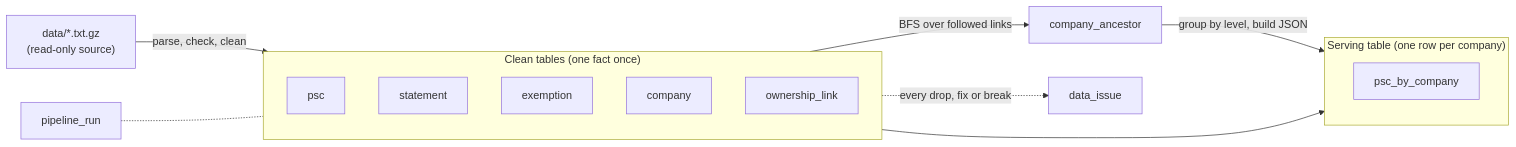
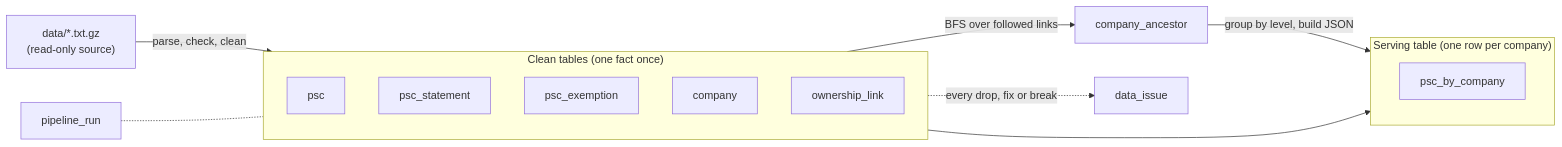
One commit to AgentSoftware/data-applications-tech-test changed the first of 2 diagrams in artifacts/plans/01-logical-data-model.md. Above: the diagram before and after it, drawn with Mermaid. The commit also changed other lines of this file and 5 other files, not shown here.

````diff
--- a/artifacts/plans/01-logical-data-model.md
+++ b/artifacts/plans/01-logical-data-model.md
@@ -39,19 +43,19 @@
 ```mermaid
 flowchart LR
   raw["data/*.txt.gz<br/>(read-only source)"] -->|parse, check, clean| clean
   subgraph clean["Clean tables (one fact once)"]
     psc[psc]
-    st[statement]
-    ex[exemption]
+    st[psc_statement]
+    ex[psc_exemption]
     co[company]
     link[ownership_link]
   end
   clean -->|BFS over followed links| anc[company_ancestor]
   anc -->|group by level, build JSON| serve
   clean --> serve
   subgraph serve["Serving table (one row per company)"]
     pbc[psc_by_company]
   end
   clean -.->|every drop, fix or break| issue[data_issue]
   run[pipeline_run] -.- clean
 ```
````
